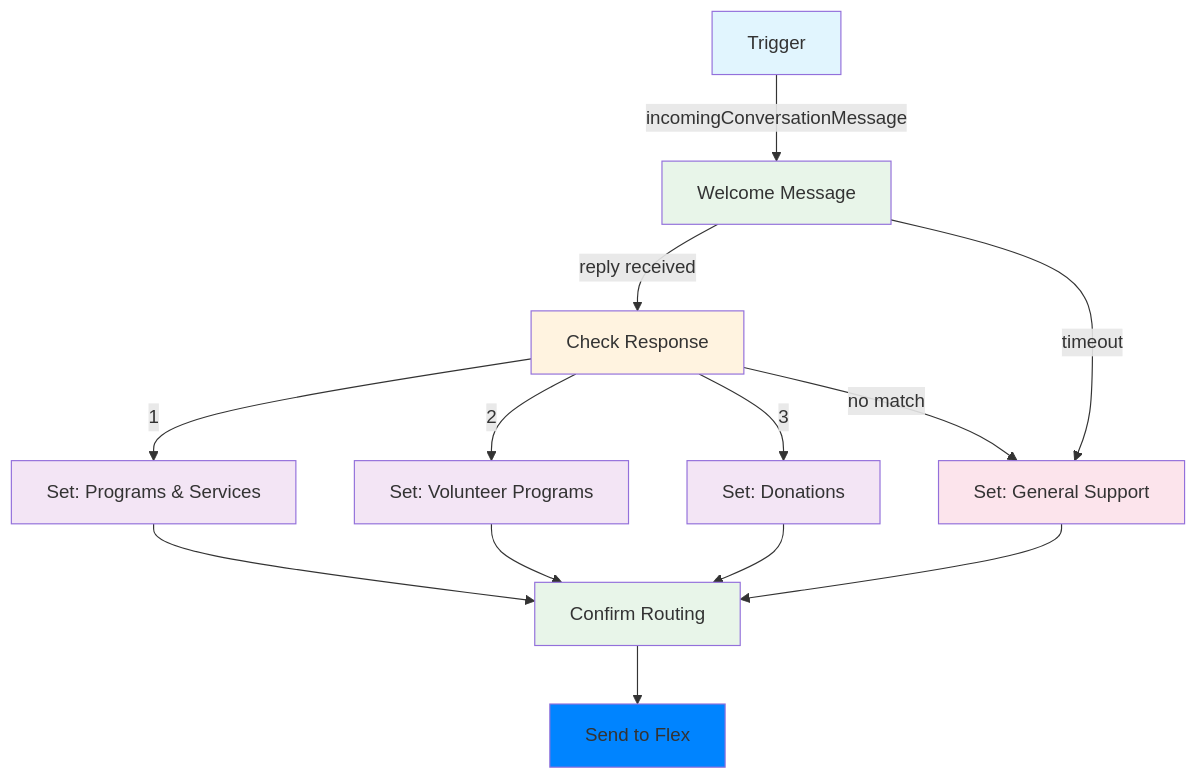
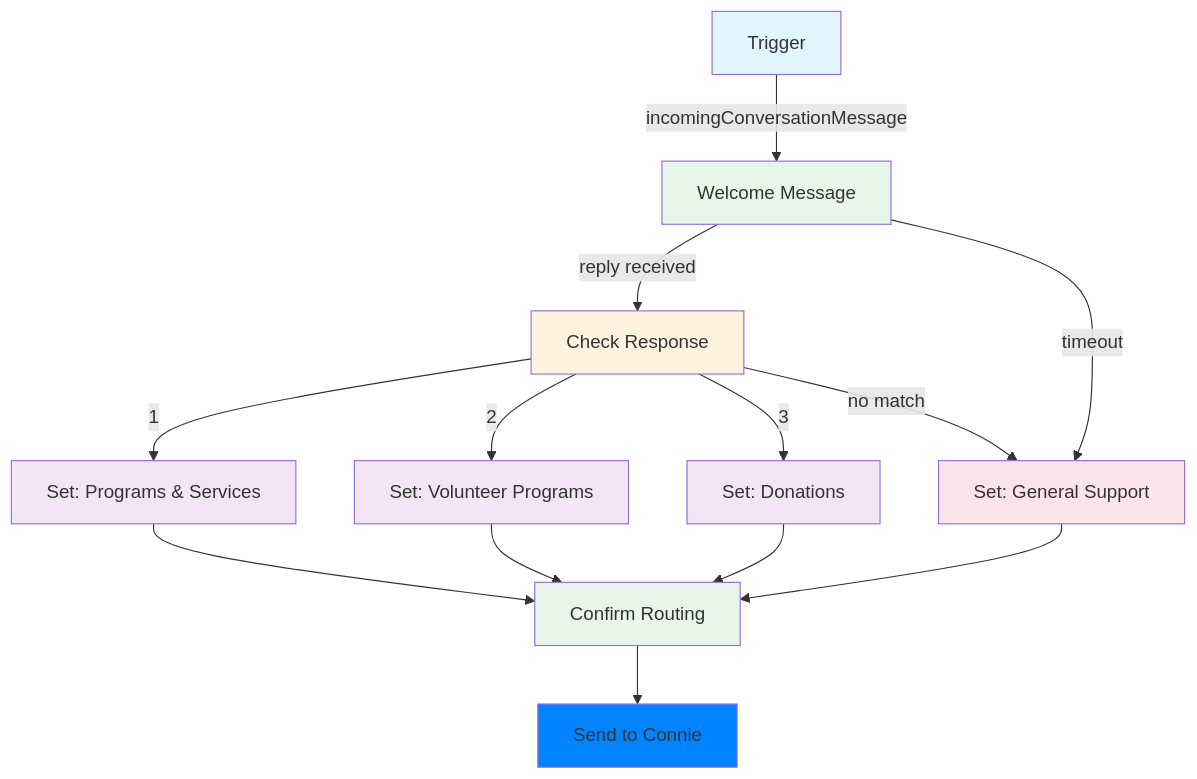
The second of 2 diagrams in docs/end-users/administrators/channels/social-media/facebook-messenger/index.md (ConnieML/docs.connie), drawn with Mermaid before and after one commit. The commit also changed other lines of this file and 2 other files, not shown here.

First line of the commit message:
docs: Rebrand Flex/Twilio references to Connie across social media guides

````diff
--- a/docs/end-users/administrators/channels/social-media/facebook-messenger/index.md
+++ b/docs/end-users/administrators/channels/social-media/facebook-messenger/index.md
@@ -142,25 +142,25 @@
 ```mermaid
 flowchart TD
     T[Trigger] -->|incomingConversationMessage| WM[Welcome Message]
     WM -->|reply received| CR[Check Response]
     CR -->|"1"| SP[Set: Programs & Services]
     CR -->|"2"| SV[Set: Volunteer Programs]
     CR -->|"3"| SD[Set: Donations]
     CR -->|no match| SG[Set: General Support]
     WM -->|timeout| SG
     SP --> CONF[Confirm Routing]
     SV --> CONF
     SD --> CONF
     SG --> CONF
-    CONF --> FLEX[Send to Flex]
+    CONF --> FLEX[Send to Connie]
 
     style T fill:#e1f5fe
     style WM fill:#e8f5e9
     style CR fill:#fff3e0
     style SP fill:#f3e5f5
     style SV fill:#f3e5f5
     style SD fill:#f3e5f5
     style SG fill:#fce4ec
     style CONF fill:#e8f5e9
     style FLEX fill:#0084FF
 ```
````
